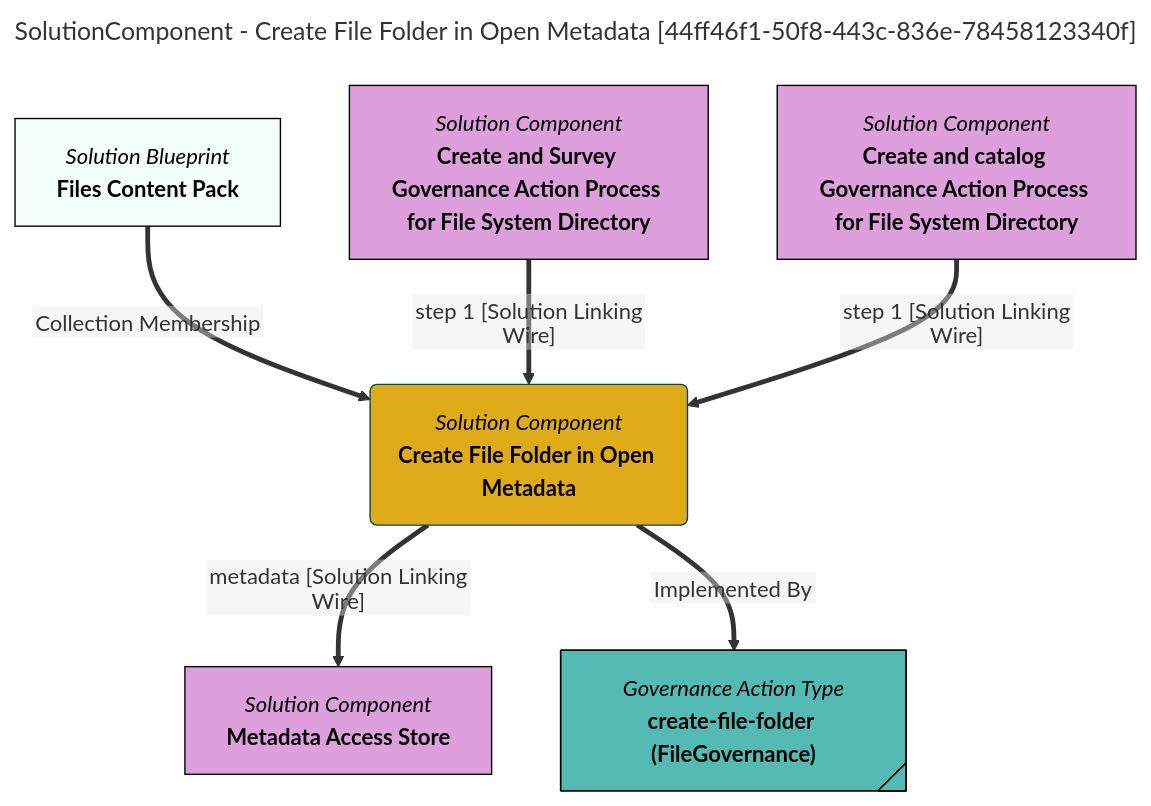
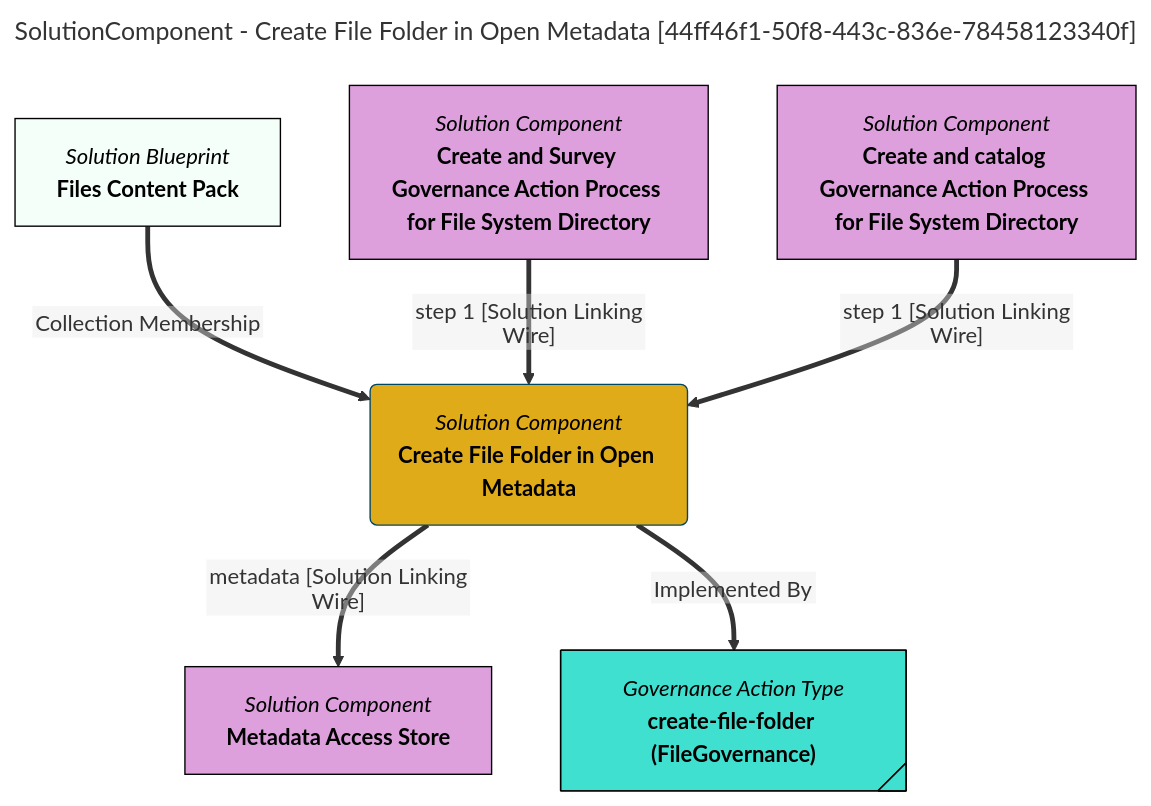
Before and after one commit to odpi/egeria-docs: the diagram in site/snippets/blueprints/components/create-file-folder-mermaid-graph.md, drawn with Mermaid. The commit also changed 2201 other files, not shown here.

````diff
--- a/site/snippets/blueprints/components/create-file-folder-mermaid-graph.md
+++ b/site/snippets/blueprints/components/create-file-folder-mermaid-graph.md
@@ -1,35 +1,35 @@
 ```mermaid
 ---
 title: SolutionComponent - Create File Folder in Open Metadata [44ff46f1-50f8-443c-836e-78458123340f]
 ---
 flowchart TD
 %%{init: {"flowchart": {"htmlLabels": false}} }%%
 
 1@{ shape: rounded, label: "*Solution Component*
 **Create File Folder in Open Metadata**"}
 2@{ shape: rect, label: "*Solution Blueprint*
 **Files Content Pack**"}
 2==>|"Collection Membership"|1
 3@{ shape: rect, label: "*Solution Component*
 **Create and Survey Governance Action Process for File System Directory**"}
 3==>|"step 1 [Solution Linking Wire]"|1
 4@{ shape: rect, label: "*Solution Component*
 **Metadata Access Store**"}
 1==>|"metadata [Solution Linking Wire]"|4
 5@{ shape: rect, label: "*Solution Component*
 **Create and catalog Governance Action Process for File System Directory**"}
 5==>|"step 1 [Solution Linking Wire]"|1
 6@{ shape: tag-rect, label: "*Governance Action Type*
 **create-file-folder (FileGovernance)**"}
 1==>|"Implemented By"|6
 style 1 color:#000000, fill:#e0ab18, stroke:#004563
 style 2 color:#000000, fill:#f5fffa, stroke:#000000
-style 3 color:#000000, fill:#dda0dd, stroke:#000000
-style 4 color:#000000, fill:#dda0dd, stroke:#000000
-style 5 color:#000000, fill:#dda0dd, stroke:#000000
-style 6 color:#000000, fill:#53bbb4, stroke:#000000
+style 3 color:#000000, fill:#DDA0DD, stroke:#000000
+style 4 color:#000000, fill:#DDA0DD, stroke:#000000
+style 5 color:#000000, fill:#DDA0DD, stroke:#000000
+style 6 color:#000000, fill:#40E0D0, stroke:#000000
 click 1 "https://egeria-project.org/concepts/governance-action-type/" "Click for more documentation" _blank
 click 3 "https://egeria-project.org/egeria-solutions/leveraging-files/overview/" "Click for more documentation" _blank
 click 4 "https://egeria-project.org/concepts/metadata-access-store/" "Click for more documentation" _blank
 click 5 "https://egeria-project.org/egeria-solutions/leveraging-files/overview/" "Click for more documentation" _blank
 ```
````
